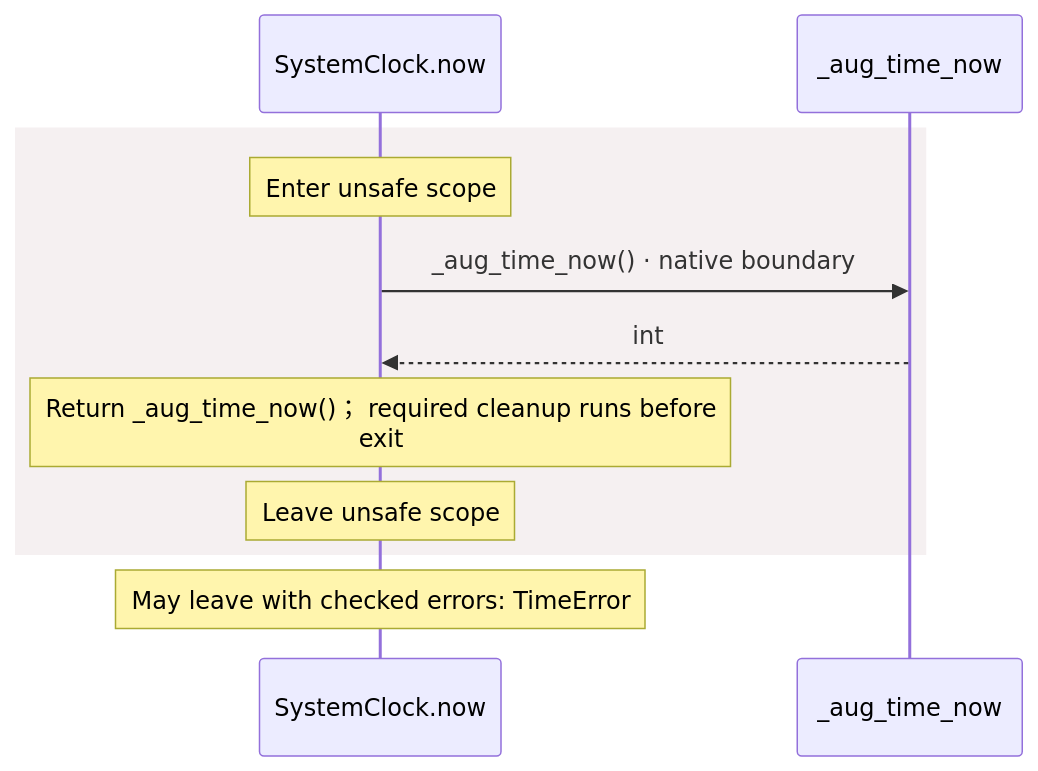
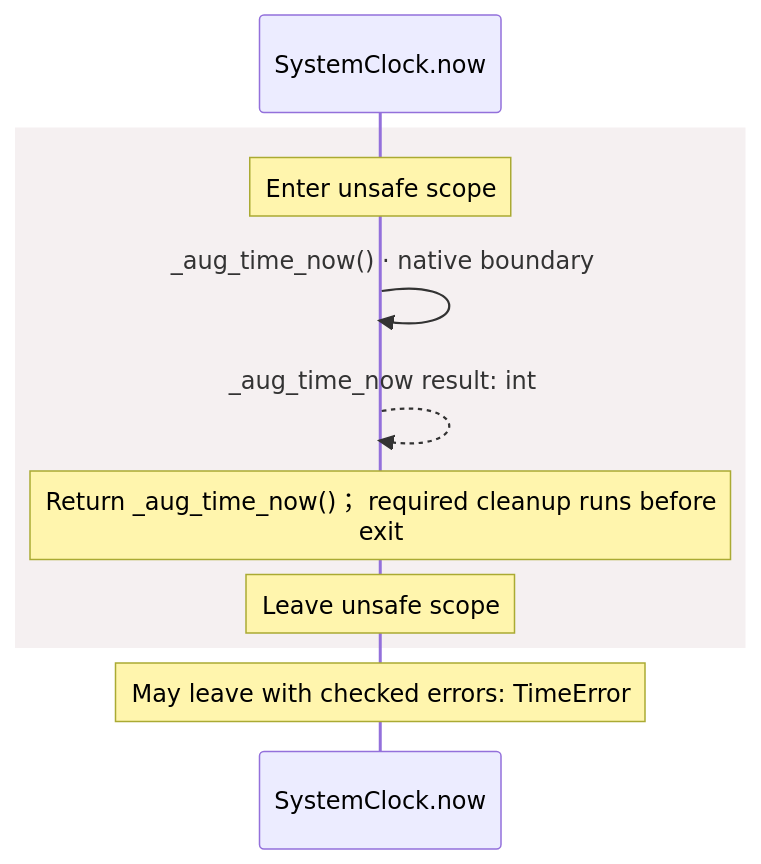
The second of 2 diagrams in docs/examples/oidc-login/dependencies/packages/@git/url_c092cd151499c4e1d8a1/0.0.0-git.a39fc582565d4fca40be4f75fa304d71adc69301/contracts-diagrams.md (GreenPandaStudios/augscript), drawn with Mermaid before and after one commit. The commit also changed other lines of this file and 304 other files, not shown here.

Commit message:
Make generated data-flow sequences concise and review every diagram

````diff
--- a/docs/examples/oidc-login/dependencies/packages/@git/url_c092cd151499c4e1d8a1/0.0.0-git.a39fc582565d4fca40be4f75fa304d71adc69301/contracts-diagrams.md
+++ b/docs/examples/oidc-login/dependencies/packages/@git/url_c092cd151499c4e1d8a1/0.0.0-git.a39fc582565d4fca40be4f75fa304d71adc69301/contracts-diagrams.md
@@ -73,13 +62,13 @@
 ```mermaid
 sequenceDiagram
     participant p0 as SystemClock.now
-    participant p1 as _aug_time_now
+
     rect rgb(245, 240, 241)
     Note over p0: Enter unsafe scope
-    p0->>p1: _aug_time_now() · native boundary
-    p1-->>p0: int
+    p0->>p0: _aug_time_now() · native boundary
+    p0-->>p0: _aug_time_now result: int
     Note over p0: Return _aug_time_now()； required cleanup runs before<br/>exit
     Note over p0: Leave unsafe scope
     end
     Note over p0: May leave with checked errors: TimeError
 ```
````
